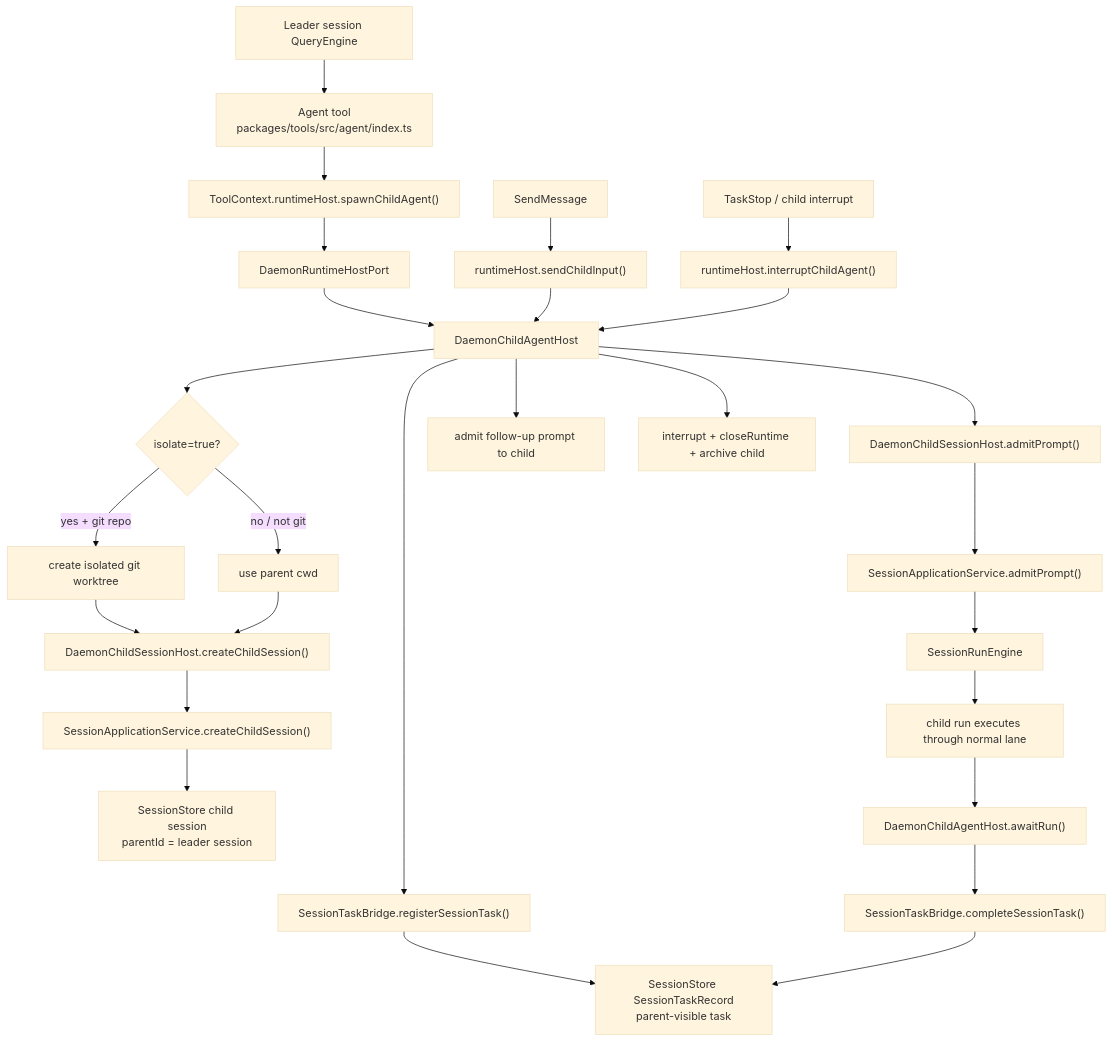
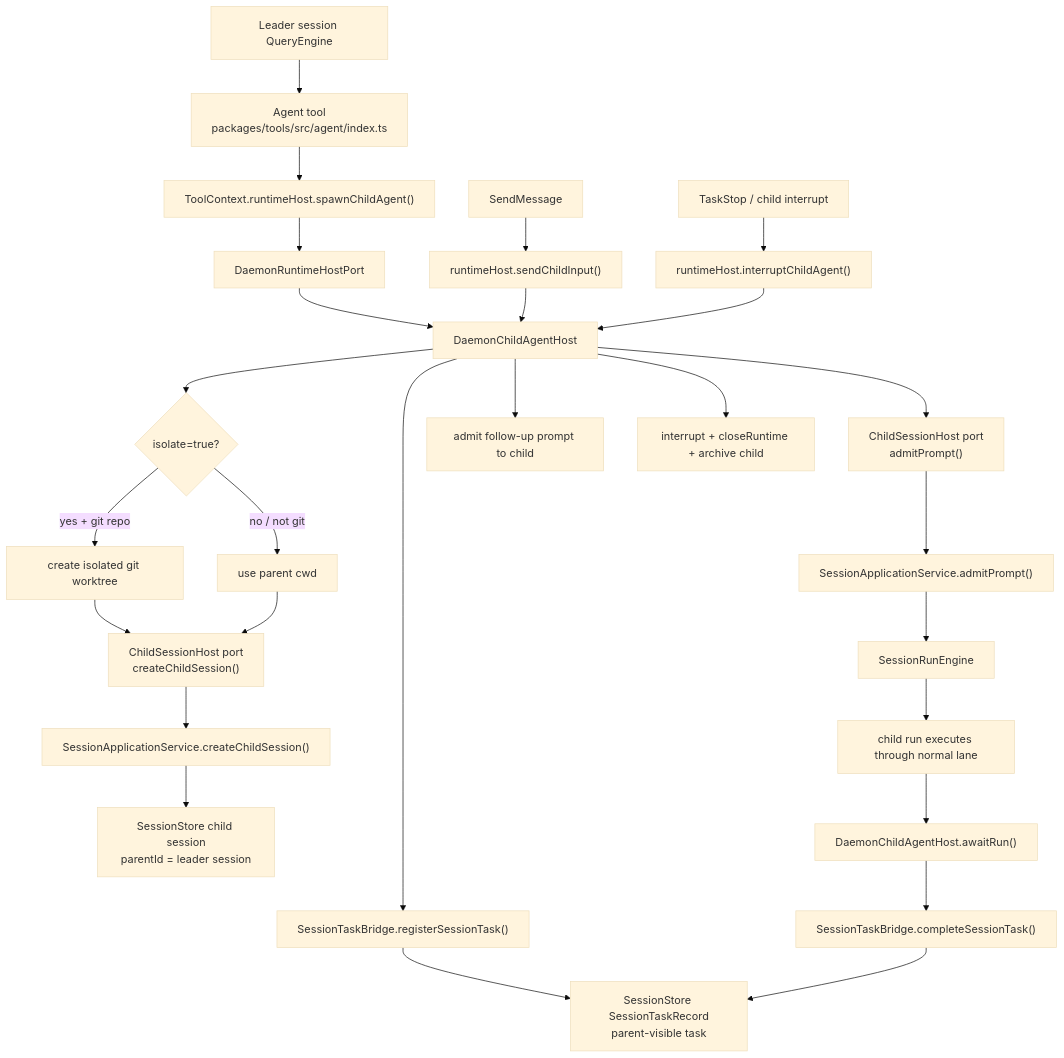
Before and after one commit to rzx007/openharness-ts: the diagram in docs/agent-child-session-flow.md, drawn with Mermaid (base theme). The commit also changed other lines of this file and 9 other files, not shown here.

Commit message:
refactor(server): fold child session adapter into host factory

````diff
--- a/docs/agent-child-session-flow.md
+++ b/docs/agent-child-session-flow.md
@@ -18,35 +18,35 @@
 ```mermaid
 flowchart TD
   leader["Leader session QueryEngine"] --> agent["Agent tool<br/>packages/tools/src/agent/index.ts"]
   agent --> host["ToolContext.runtimeHost.spawnChildAgent()"]
   host --> runtimeHost["DaemonRuntimeHostPort"]
   runtimeHost --> childAgentHost["DaemonChildAgentHost"]
 
   childAgentHost --> isolate{"isolate=true?"}
   isolate -->|"yes + git repo"| worktree["create isolated git worktree"]
   isolate -->|"no / not git"| cwd["use parent cwd"]
-  worktree --> createChild["DaemonChildSessionHost.createChildSession()"]
+  worktree --> createChild["ChildSessionHost port<br/>createChildSession()"]
   cwd --> createChild
 
   createChild --> app["SessionApplicationService.createChildSession()"]
   app --> storeChild["SessionStore child session<br/>parentId = leader session"]
 
   childAgentHost --> task["SessionTaskBridge.registerSessionTask()"]
   task --> storeTask["SessionStore SessionTaskRecord<br/>parent-visible task"]
 
-  childAgentHost --> admit["DaemonChildSessionHost.admitPrompt()"]
+  childAgentHost --> admit["ChildSessionHost port<br/>admitPrompt()"]
   admit --> appAdmit["SessionApplicationService.admitPrompt()"]
   appAdmit --> engine["SessionRunEngine"]
   engine --> childRun["child run executes through normal lane"]
   childRun --> await["DaemonChildAgentHost.awaitRun()"]
   await --> complete["SessionTaskBridge.completeSessionTask()"]
   complete --> storeTask
 
   send["SendMessage"] --> sendHost["runtimeHost.sendChildInput()"]
   sendHost --> childAgentHost
   childAgentHost --> admitFollowup["admit follow-up prompt to child"]
 
   stop["TaskStop / child interrupt"] --> interrupt["runtimeHost.interruptChildAgent()"]
   interrupt --> childAgentHost
   childAgentHost --> archive["interrupt + closeRuntime + archive child"]
 ```
````
